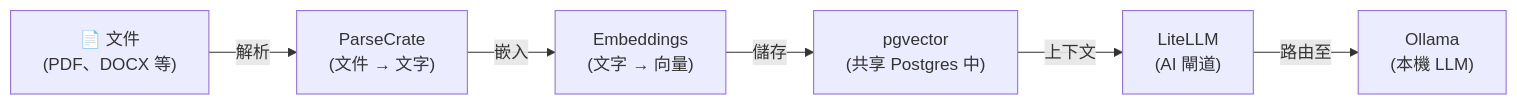
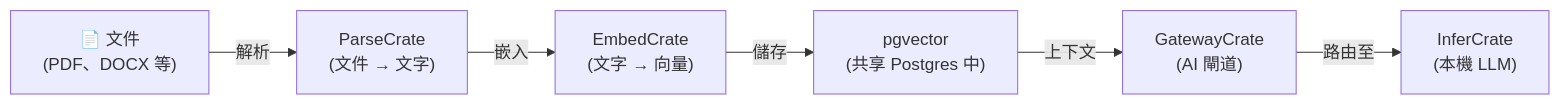
Before and after one commit to hwdsl2/self-hosted-ai-stack: the diagram in stacks/rag-pipeline-full/README-zh-Hant.md, drawn with Mermaid. The commit also changed other lines of this file and 47 other files, not shown here.

````diff
--- a/stacks/rag-pipeline-full/README-zh-Hant.md
+++ b/stacks/rag-pipeline-full/README-zh-Hant.md
@@ -17,8 +17,8 @@
 ```mermaid
 graph LR
     D["📄 文件<br/>(PDF、DOCX 等)"] -->|解析| DC["ParseCrate<br/>(文件 → 文字)"]
-    DC -->|嵌入| E["Embeddings<br/>(文字 → 向量)"]
+    DC -->|嵌入| E["EmbedCrate<br/>(文字 → 向量)"]
     E -->|儲存| VDB["pgvector<br/>(共享 Postgres 中)"]
-    VDB -->|上下文| L["LiteLLM<br/>(AI 閘道)"]
-    L -->|路由至| O["Ollama<br/>(本機 LLM)"]
+    VDB -->|上下文| L["GatewayCrate<br/>(AI 閘道)"]
+    L -->|路由至| O["InferCrate<br/>(本機 LLM)"]
 ```
````
